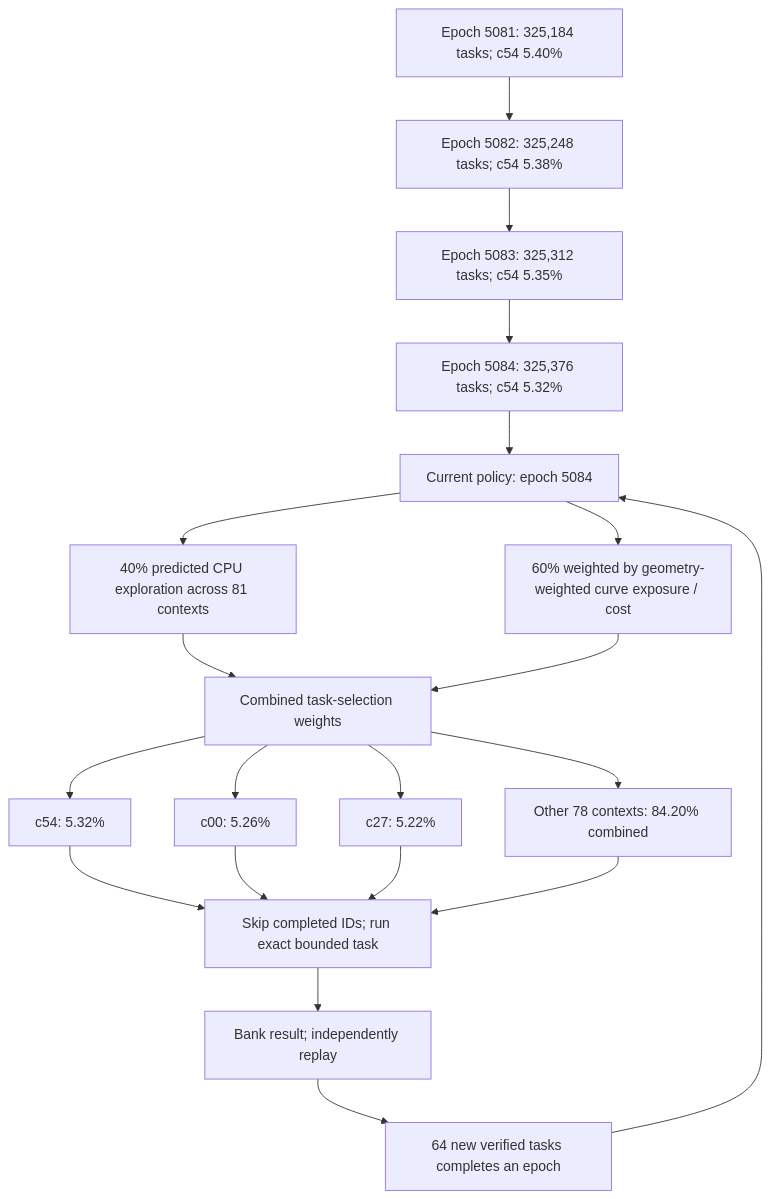
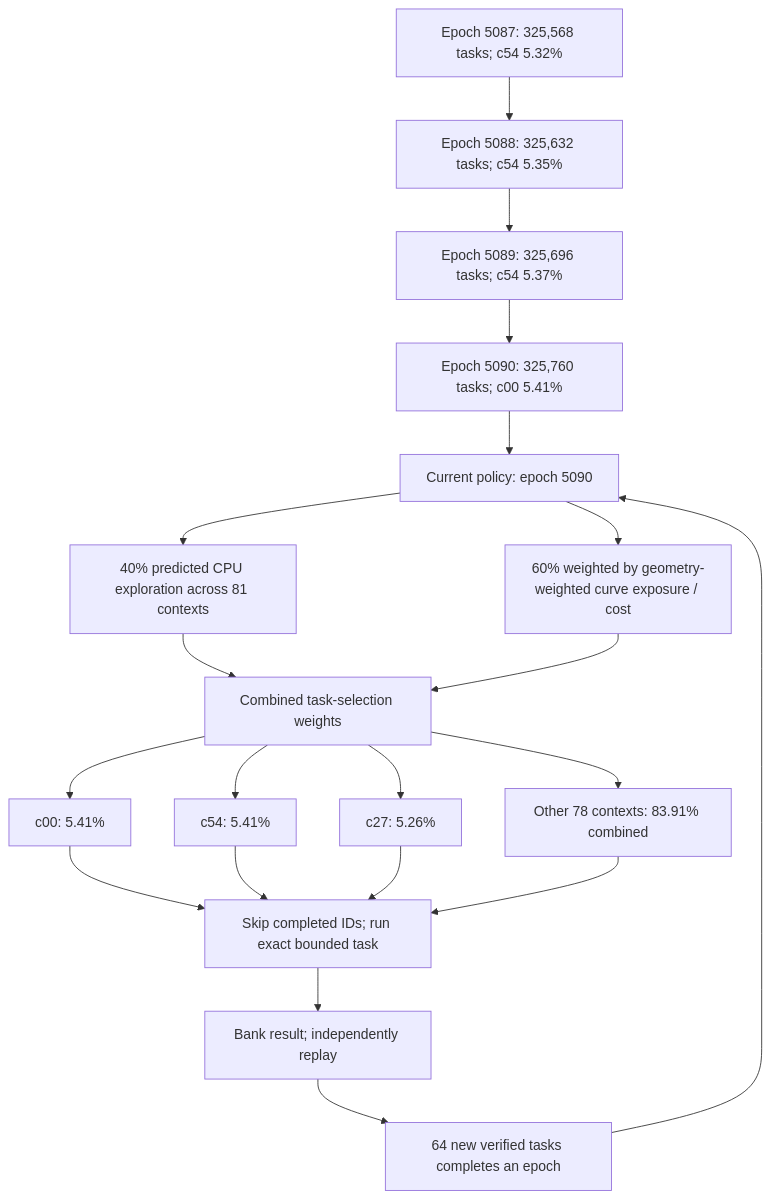
Before and after one commit to Kuberwastaken/math-gambling: the first of 3 diagrams in README.md, drawn with Mermaid. The commit also changed other lines of this file and 1092 other files, not shown here.

````diff
--- a/README.md
+++ b/README.md
@@ -60,27 +60,27 @@
 ```mermaid
 flowchart TD
-    H0["Epoch 5081: 325,184 tasks; c54 5.40%"]
-    H1["Epoch 5082: 325,248 tasks; c54 5.38%"]
+    H0["Epoch 5087: 325,568 tasks; c54 5.32%"]
+    H1["Epoch 5088: 325,632 tasks; c54 5.35%"]
     H0 --> H1
-    H2["Epoch 5083: 325,312 tasks; c54 5.35%"]
+    H2["Epoch 5089: 325,696 tasks; c54 5.37%"]
     H1 --> H2
-    H3["Epoch 5084: 325,376 tasks; c54 5.32%"]
+    H3["Epoch 5090: 325,760 tasks; c00 5.41%"]
     H2 --> H3
-    Policy["Current policy: epoch 5084"]
+    Policy["Current policy: epoch 5090"]
     H3 --> Policy
     Policy --> Explore["40% predicted CPU exploration across 81 contexts"]
     Policy --> Cost["60% weighted by geometry-weighted curve exposure / cost"]
     Explore --> Mix["Combined task-selection weights"]
     Cost --> Mix
-    Mix --> C0["c54: 5.32%"]
-    Mix --> C1["c00: 5.26%"]
-    Mix --> C2["c27: 5.22%"]
-    Mix --> Rest["Other 78 contexts: 84.20% combined"]
+    Mix --> C0["c00: 5.41%"]
+    Mix --> C1["c54: 5.41%"]
+    Mix --> C2["c27: 5.26%"]
+    Mix --> Rest["Other 78 contexts: 83.91% combined"]
     C0 --> Check["Skip completed IDs; run exact bounded task"]
     C1 --> Check
     C2 --> Check
     Rest --> Check
     Check --> Replay["Bank result; independently replay"]
     Replay --> Gate["64 new verified tasks completes an epoch"]
     Gate --> Policy
 ```
````
